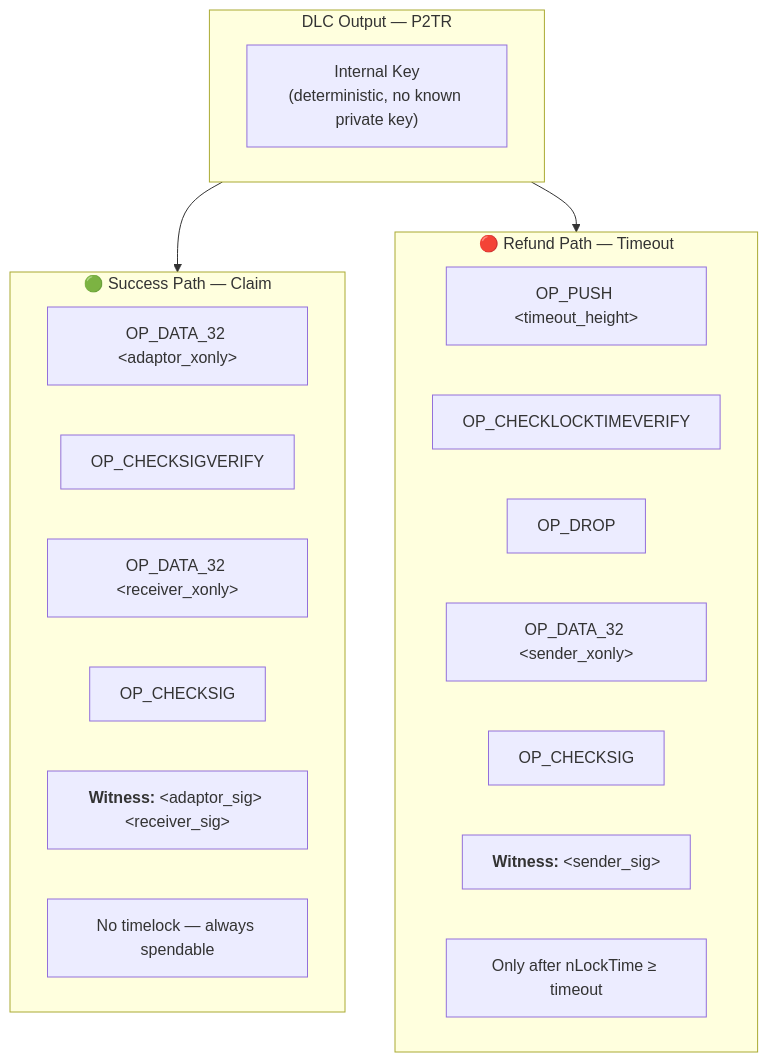
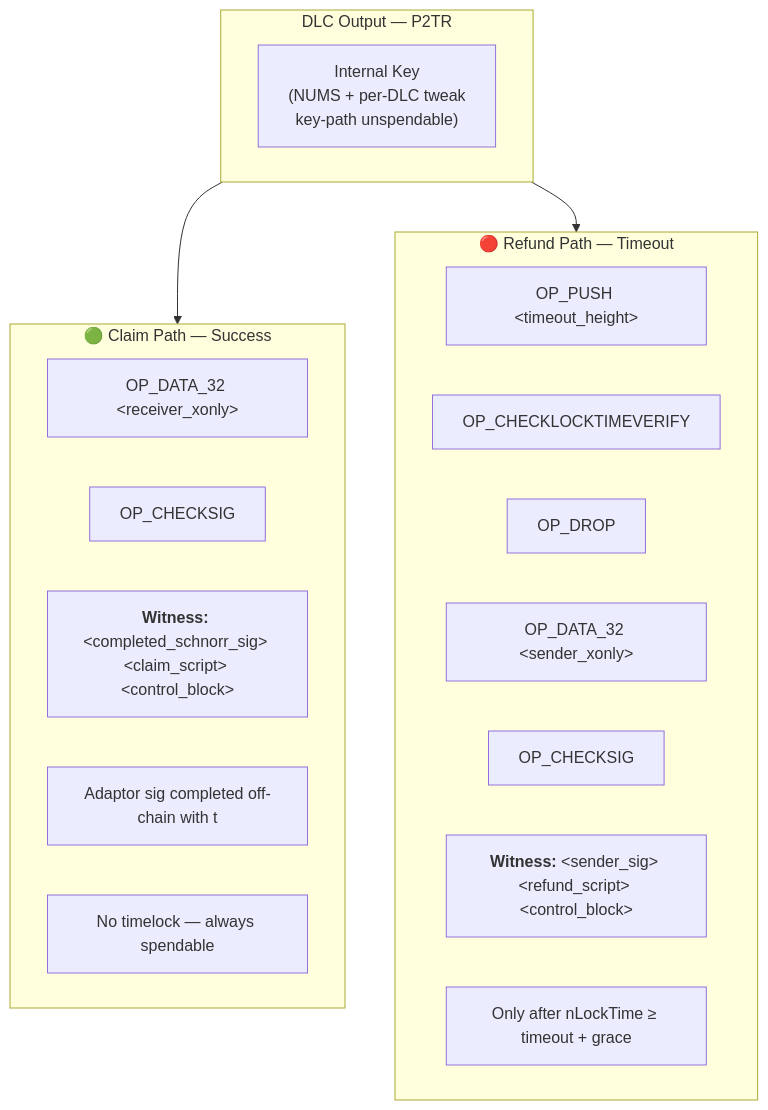
Before and after one commit to the-lonely-bit/taproot-based_discreet_log_contracts: the third of 5 diagrams in README.md, drawn with Mermaid. The commit also changed other lines of this file, not shown here.

````diff
--- a/README.md
+++ b/README.md
@@ -291,28 +330,27 @@
 ```mermaid
 flowchart TD
     subgraph P2TR["DLC Output — P2TR"]
-        IK["Internal Key<br/>(deterministic, no known private key)"]
+        IK["Internal Key<br/>(NUMS + per-DLC tweak<br/>key-path unspendable)"]
     end
 
-    P2TR --> SUCCESS
+    P2TR --> CLAIM
     P2TR --> REFUND
 
-    subgraph SUCCESS["🟢 Success Path — Claim"]
-        S1["OP_DATA_32 &lt;adaptor_xonly&gt;"]
-        S2["OP_CHECKSIGVERIFY"]
-        S3["OP_DATA_32 &lt;receiver_xonly&gt;"]
-        S4["OP_CHECKSIG"]
-        S5["<b>Witness:</b> &lt;adaptor_sig&gt; &lt;receiver_sig&gt;"]
-        S6["No timelock — always spendable"]
+    subgraph CLAIM["🟢 Claim Path — Success"]
+        C1["OP_DATA_32 &lt;receiver_xonly&gt;"]
+        C2["OP_CHECKSIG"]
+        C3["<b>Witness:</b> &lt;completed_schnorr_sig&gt; &lt;claim_script&gt; &lt;control_block&gt;"]
+        C4["Adaptor sig completed off-chain with t"]
+        C5["No timelock — always spendable"]
     end
 
     subgraph REFUND["🔴 Refund Path — Timeout"]
         R1["OP_PUSH &lt;timeout_height&gt;"]
         R2["OP_CHECKLOCKTIMEVERIFY"]
         R3["OP_DROP"]
         R4["OP_DATA_32 &lt;sender_xonly&gt;"]
         R5["OP_CHECKSIG"]
-        R6["<b>Witness:</b> &lt;sender_sig&gt;"]
-        R7["Only after nLockTime ≥ timeout"]
+        R6["<b>Witness:</b> &lt;sender_sig&gt; &lt;refund_script&gt; &lt;control_block&gt;"]
+        R7["Only after nLockTime ≥ timeout + grace"]
     end
 ```
````
